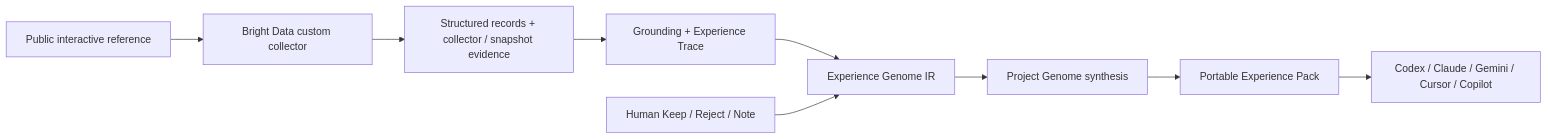
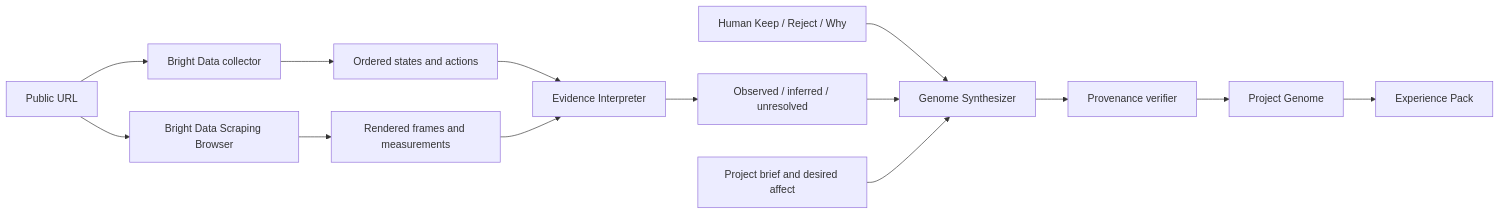
The diagram in README.md (KabeerY/experience-genome), drawn with Mermaid before and after one commit. The commit also changed other lines of this file and 7 other files, not shown here.

````diff
--- a/README.md
+++ b/README.md
@@ -78,11 +87,16 @@
 ```mermaid
 flowchart LR
-    A[Public interactive reference] --> B[Bright Data custom collector]
-    B --> C[Structured records + collector / snapshot evidence]
-    C --> D[Grounding + Experience Trace]
-    D --> E[Experience Genome IR]
-    H[Human Keep / Reject / Note] --> E
-    E --> F[Project Genome synthesis]
-    F --> G[Portable Experience Pack]
-    G --> I[Codex / Claude / Gemini / Cursor / Copilot]
+    A[Public URL] --> B[Bright Data collector]
+    A --> C[Bright Data Scraping Browser]
+    B --> D[Ordered states and actions]
+    C --> E[Rendered frames and measurements]
+    D --> F[Evidence Interpreter]
+    E --> F
+    F --> G[Observed / inferred / unresolved]
+    H[Human Keep / Reject / Why] --> I[Genome Synthesizer]
+    G --> I
+    J[Project brief and desired affect] --> I
+    I --> K[Provenance verifier]
+    K --> L[Project Genome]
+    L --> M[Experience Pack]
 ```
````
